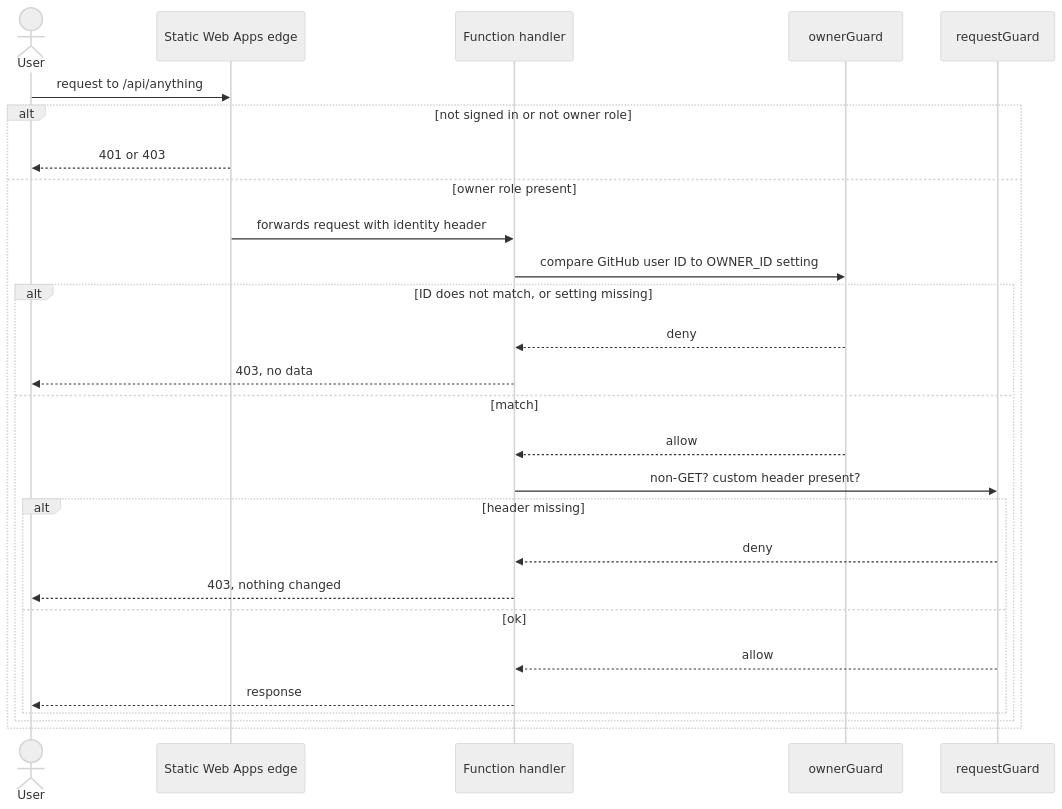
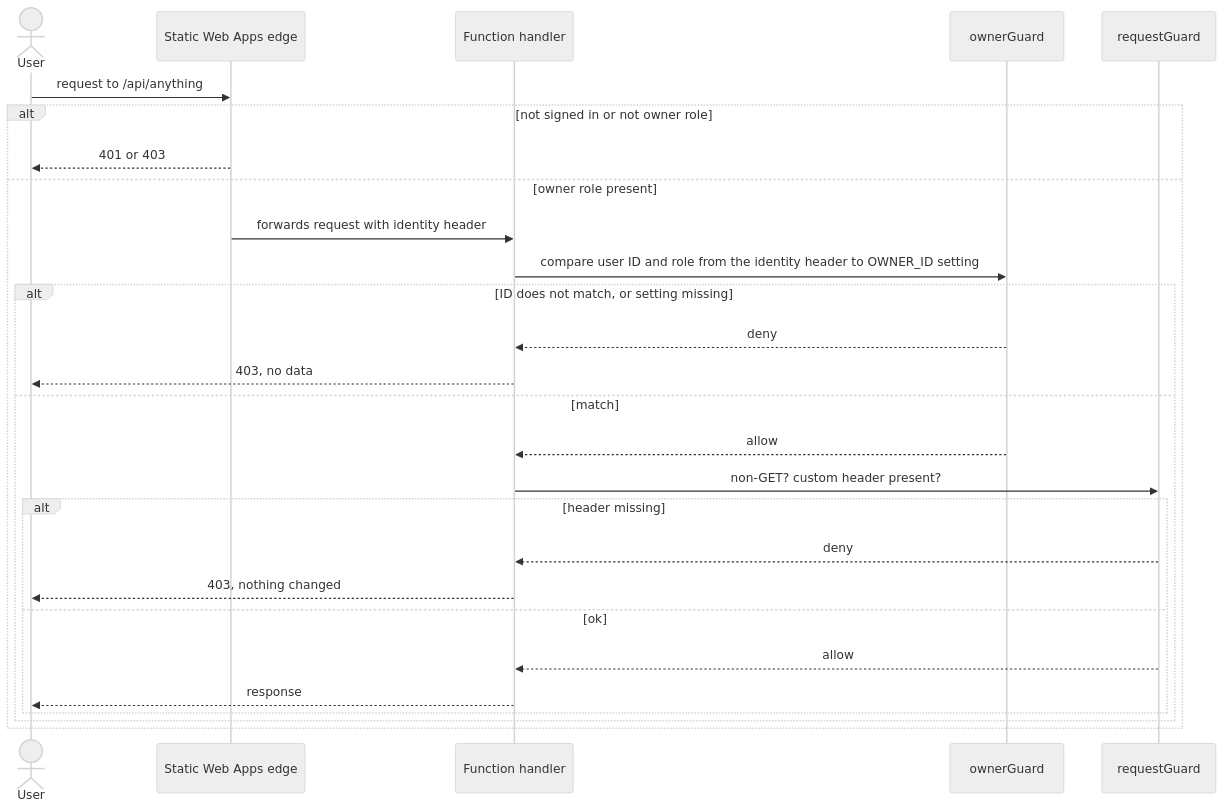
The fourth of 9 diagrams in ARCHITECTURE.md (githubacct54385/life-tracker), drawn with Mermaid (neutral theme) before and after one commit. The commit also changed other lines of this file and 12 other files, not shown here.

````diff
--- a/ARCHITECTURE.md
+++ b/ARCHITECTURE.md
@@ -206,30 +206,30 @@
 ```mermaid
 sequenceDiagram
     actor User
     participant Edge as Static Web Apps edge
     participant API as Function handler
     participant G as ownerGuard
     participant RG as requestGuard
 
     User->>Edge: request to /api/anything
     alt not signed in or not owner role
         Edge-->>User: 401 or 403
     else owner role present
         Edge->>API: forwards request with identity header
-        API->>G: compare GitHub user ID to OWNER_ID setting
+        API->>G: compare user ID and role from the identity header to OWNER_ID setting
         alt ID does not match, or setting missing
             G-->>API: deny
             API-->>User: 403, no data
         else match
             G-->>API: allow
             API->>RG: non-GET? custom header present?
             alt header missing
                 RG-->>API: deny
                 API-->>User: 403, nothing changed
             else ok
                 RG-->>API: allow
                 API-->>User: response
             end
         end
     end
 ```
````
